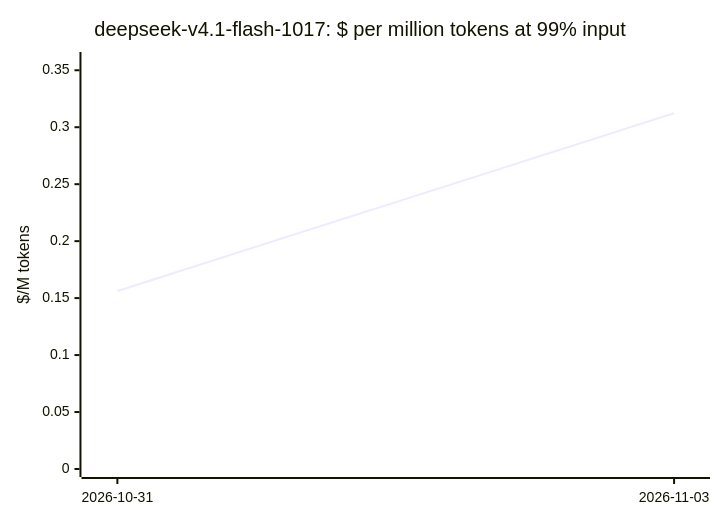
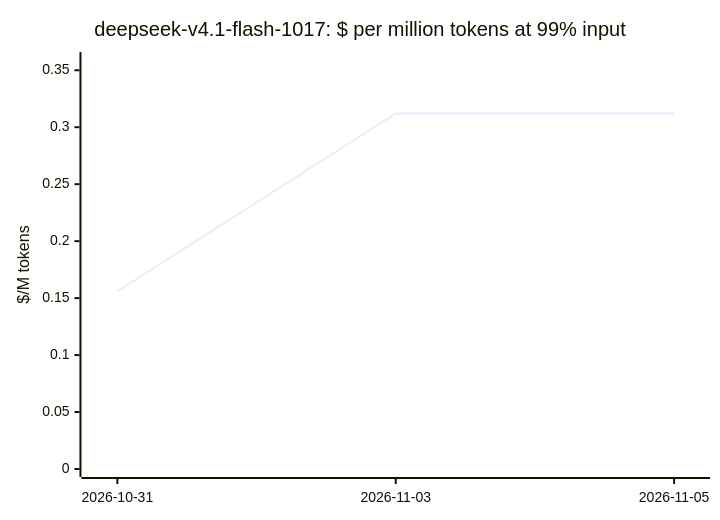
The sixth of 20 diagrams in docs/openrouter-models.md (cklukas/OMEGA_TRANSFORM), drawn with Mermaid before and after one commit. The commit also changed other lines of this file and 291 other files, not shown here.

````diff
--- a/docs/openrouter-models.md
+++ b/docs/openrouter-models.md
@@ -186,7 +187,7 @@
 ```mermaid
 xychart-beta
     title "deepseek-v4.1-flash-1017: $ per million tokens at 99% input"
-    x-axis ["2026-10-31", "2026-11-03"]
+    x-axis ["2026-10-31", "2026-11-03", "2026-11-05"]
     y-axis "$/M tokens" 0 --> 0.359
-    line [0.1562, 0.3123]
+    line [0.156, 0.3121, 0.3121]
 ```
````
